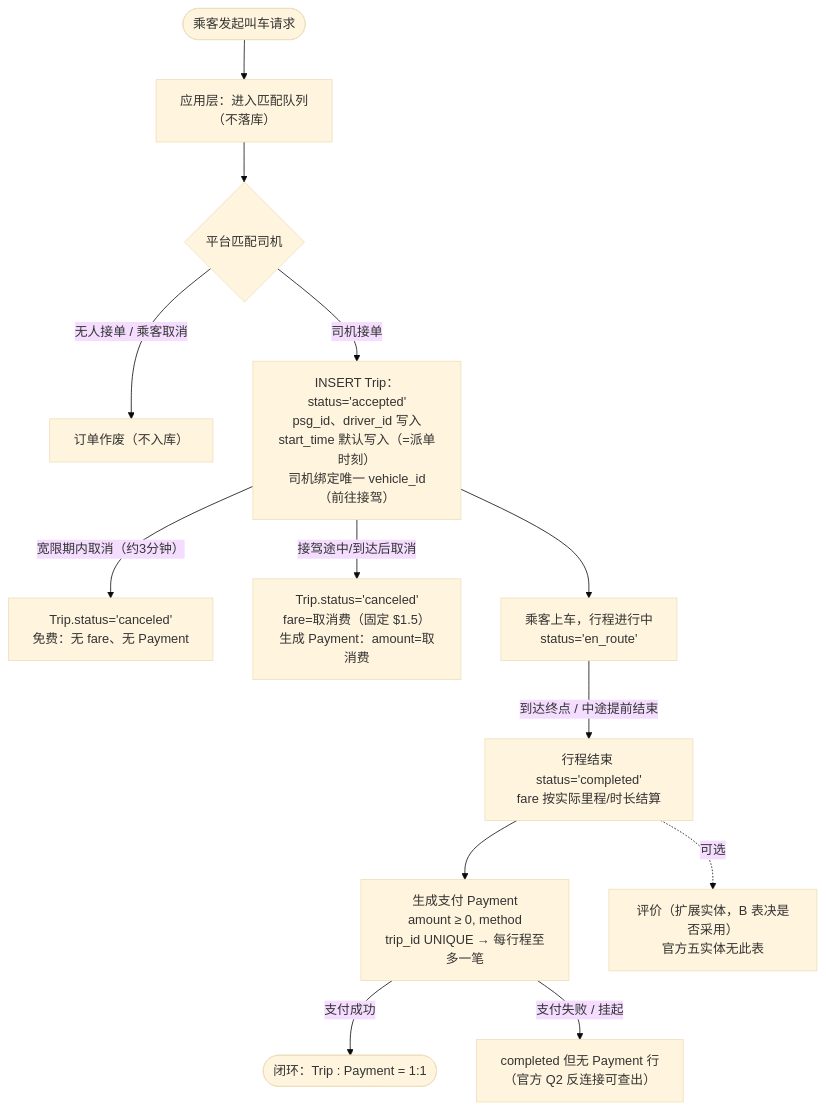
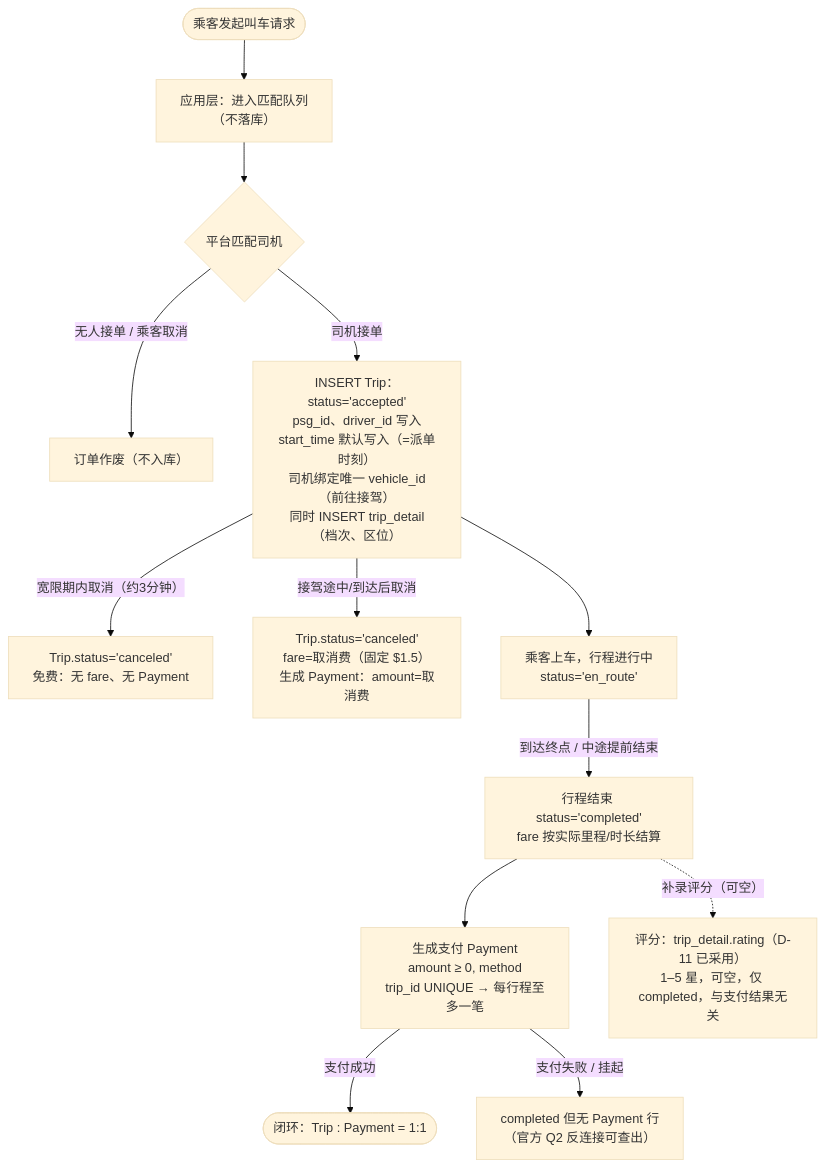
The diagram in 01_docs/a1_business_flow.md (chenyanwu83-blip/DBM-Group-Project1), drawn with Mermaid (base theme) before and after one commit. The commit also changed other lines of this file, not shown here.

Commit message:
A1 v1.4: 文字稿对齐 ER v1.0(trip_detail.rating、D-05 闭环、status 无值域 CHECK)

````diff
--- a/01_docs/a1_business_flow.md
+++ b/01_docs/a1_business_flow.md
@@ -16,15 +16,15 @@
 ```mermaid
 flowchart TD
     P(["乘客发起叫车请求"]) --> Q["应用层：进入匹配队列<br/>（不落库）"]
     Q --> M{"平台匹配司机"}
     M -- "无人接单 / 乘客取消" --> X0["订单作废（不入库）"]
-    M -- "司机接单" --> A["INSERT Trip：status='accepted'<br/>psg_id、driver_id 写入<br/>start_time 默认写入（=派单时刻）<br/>司机绑定唯一 vehicle_id（前往接驾）"]
+    M -- "司机接单" --> A["INSERT Trip：status='accepted'<br/>psg_id、driver_id 写入<br/>start_time 默认写入（=派单时刻）<br/>司机绑定唯一 vehicle_id（前往接驾）<br/>同时 INSERT trip_detail（档次、区位）"]
     A -- "宽限期内取消（约3分钟）" --> X1a["Trip.status='canceled'<br/>免费：无 fare、无 Payment"]
     A -- "接驾途中/到达后取消" --> X1b["Trip.status='canceled'<br/>fare=取消费（固定 $1.5）<br/>生成 Payment：amount=取消费"]
     A --> S["乘客上车，行程进行中<br/>status='en_route'"]
     S -- "到达终点 / 中途提前结束" --> C["行程结束 status='completed'<br/>fare 按实际里程/时长结算"]
     C --> PY["生成支付 Payment<br/>amount ≥ 0, method<br/>trip_id UNIQUE → 每行程至多一笔"]
     PY -- "支付成功" --> F(["闭环：Trip : Payment = 1:1"])
     PY -- "支付失败 / 挂起" --> U["completed 但无 Payment 行<br/>（官方 Q2 反连接可查出）"]
-    C -.->|"可选"| RT["评价（扩展实体，B 表决是否采用）<br/>官方五实体无此表"]
+    C -.->|"补录评分（可空）"| RT["评分：trip_detail.rating（D-11 已采用）<br/>1–5 星，可空，仅 completed，与支付结果无关"]
 ```
````
